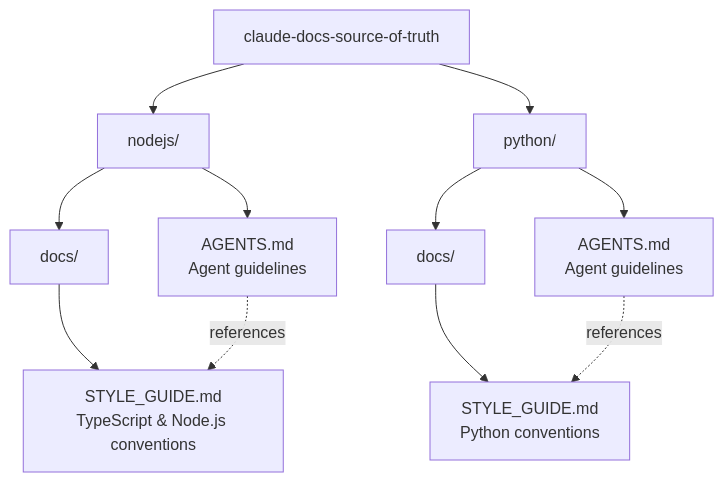
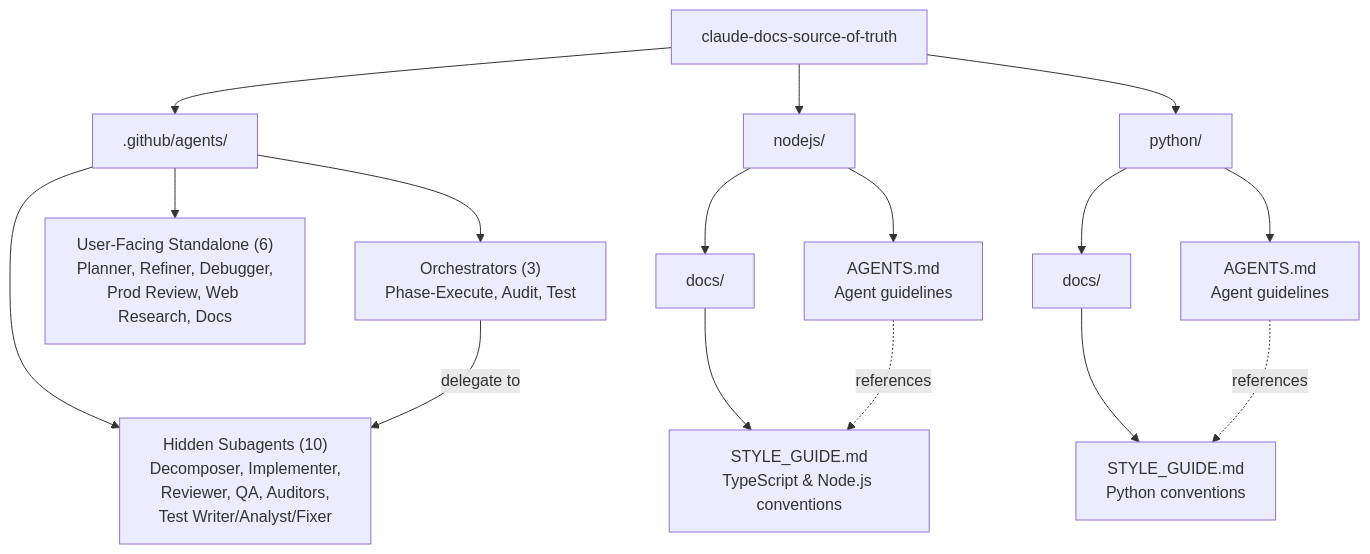
Before and after one commit to threnjen/thren-agentic-workflows: the first of 3 diagrams in docs/ARCHITECTURE.md, drawn with Mermaid. The commit also changed other lines of this file and 5 other files, not shown here.

````diff
--- a/docs/ARCHITECTURE.md
+++ b/docs/ARCHITECTURE.md
@@ -10,17 +13,23 @@
 ```mermaid
 flowchart TD
     Root[claude-docs-source-of-truth]
+    Root --> GH[.github/agents/]
     Root --> NodeDir[nodejs/]
     Root --> PyDir[python/]
+
+    GH --> Orchestrators["Orchestrators (3)\n Phase-Execute, Audit, Test"]
+    GH --> UserAgents["User-Facing Standalone (6)\nPlanner, Refiner, Debugger,\nProd Review, Web Research, Docs"]
+    GH --> Subagents["Hidden Subagents (10)\nDecomposer, Implementer,\nReviewer, QA, Auditors,\nTest Writer/Analyst/Fixer"]
+    Orchestrators -->|delegate to| Subagents
 
     NodeDir --> NodeAgents[AGENTS.md<br/>Agent guidelines]
     NodeDir --> NodeDocs[docs/]
     NodeDocs --> NodeStyle[STYLE_GUIDE.md<br/>TypeScript & Node.js conventions]
 
     PyDir --> PyAgents[AGENTS.md<br/>Agent guidelines]
     PyDir --> PyDocs[docs/]
     PyDocs --> PyStyle[STYLE_GUIDE.md<br/>Python conventions]
 
     NodeAgents -. "references" .-> NodeStyle
     PyAgents -. "references" .-> PyStyle
 ```
````
